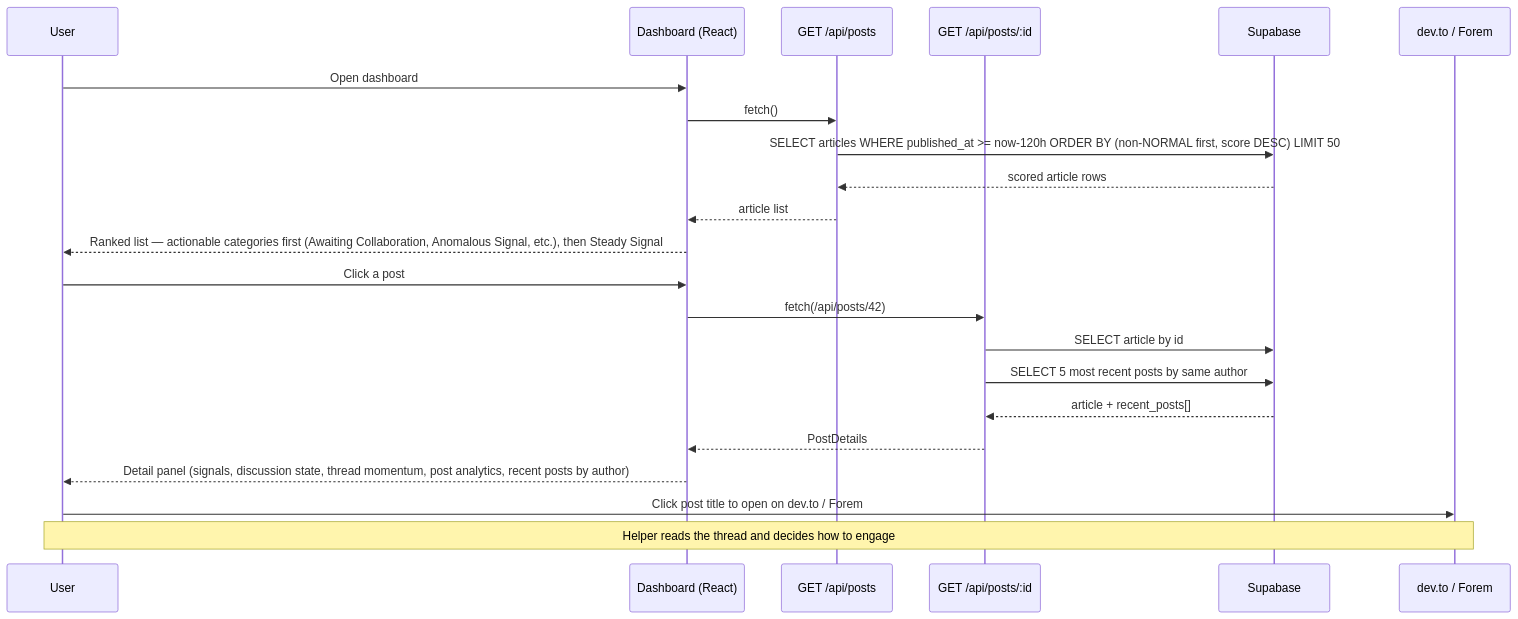
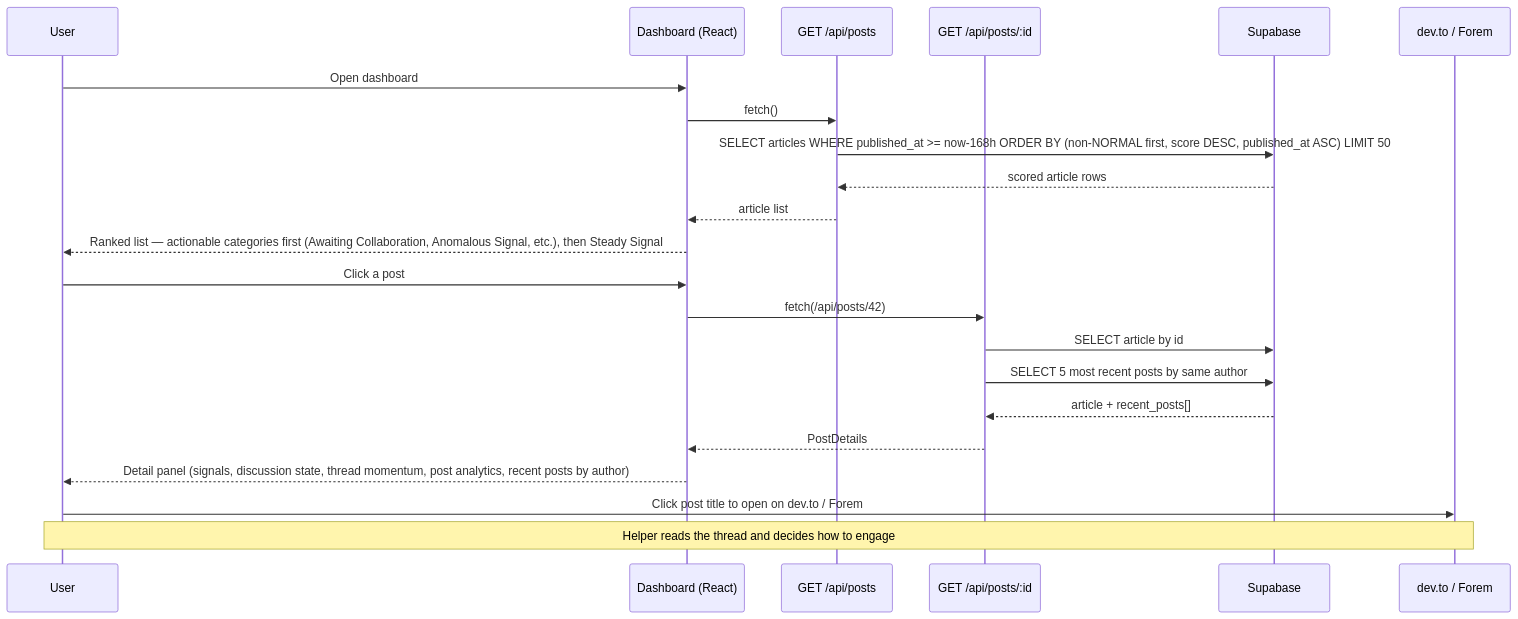
The third of 3 diagrams in README.md (ChecKMarKDevTools/forem-community-dashboard), drawn with Mermaid before and after one commit. The commit also changed other lines of this file and 24 other files, not shown here.

````diff
--- a/README.md
+++ b/README.md
@@ -151,27 +152,27 @@
 ```mermaid
 sequenceDiagram
   participant U as User
   participant D as Dashboard (React)
   participant Posts as GET /api/posts
   participant Detail as GET /api/posts/:id
   participant SB as Supabase
   participant F as dev.to / Forem
 
   U->>D: Open dashboard
   D->>Posts: fetch()
-  Posts->>SB: SELECT articles WHERE published_at >= now-120h ORDER BY (non-NORMAL first, score DESC) LIMIT 50
+  Posts->>SB: SELECT articles WHERE published_at >= now-168h ORDER BY (non-NORMAL first, score DESC, published_at ASC) LIMIT 50
   SB-->>Posts: scored article rows
   Posts-->>D: article list
   D-->>U: Ranked list — actionable categories first (Awaiting Collaboration, Anomalous Signal, etc.), then Steady Signal
 
   U->>D: Click a post
   D->>Detail: fetch(/api/posts/42)
   Detail->>SB: SELECT article by id
   Detail->>SB: SELECT 5 most recent posts by same author
   SB-->>Detail: article + recent_posts[]
   Detail-->>D: PostDetails
   D-->>U: Detail panel (signals, discussion state, thread momentum, post analytics, recent posts by author)
 
   U->>F: Click post title to open on dev.to / Forem
   Note over U,F: Helper reads the thread and decides how to engage
 ```
````
